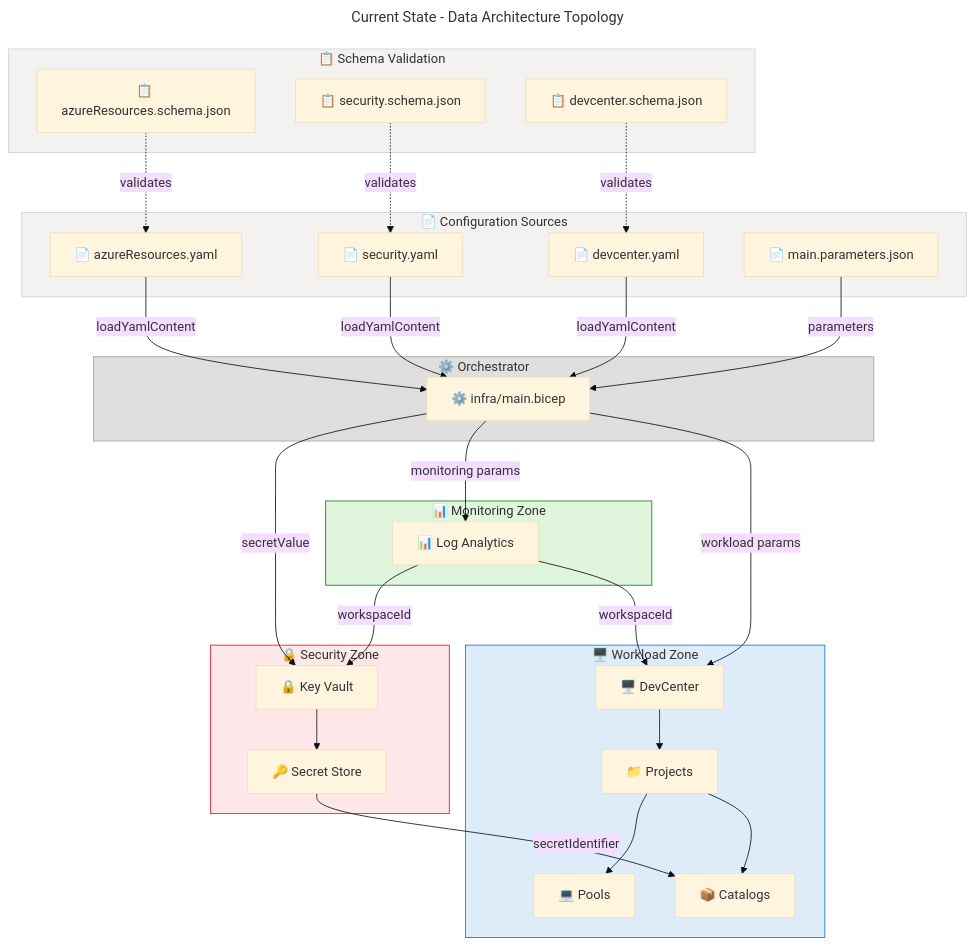
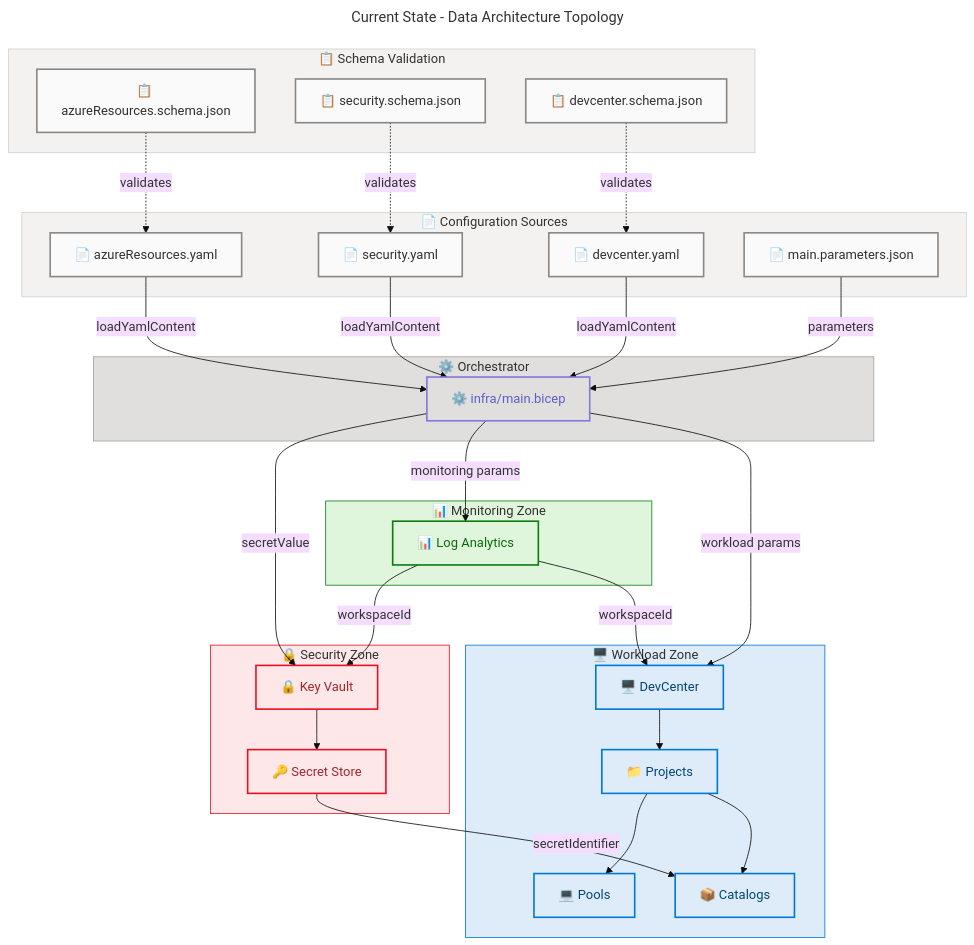
One commit to Evilazaro/DevExp-DevBox changed the fifth of 9 diagrams in docs/architecture/data-architecture.md. Above: the diagram before and after it, drawn with Mermaid. The commit also changed other lines of this file, not shown here.

Commit message:
style: enhance flowchart color coding for improved clarity and categorization

````diff
--- a/docs/architecture/data-architecture.md
+++ b/docs/architecture/data-architecture.md
@@ -577,41 +577,41 @@
     accDescr: Shows the hub-and-spoke data flow from YAML configs through main.bicep to specialized resource modules
 
     subgraph CONFIG["📄 Configuration Sources"]
-        Y1["📄 azureResources.yaml"]
-        Y2["📄 security.yaml"]
-        Y3["📄 devcenter.yaml"]
-        Y4["📄 main.parameters.json"]
+        Y1["📄 azureResources.yaml"]:::neutral
+        Y2["📄 security.yaml"]:::neutral
+        Y3["📄 devcenter.yaml"]:::neutral
+        Y4["📄 main.parameters.json"]:::neutral
     end
     style CONFIG fill:#F3F2F1,stroke:#D2D0CE,color:#323130
 
     subgraph SCHEMAS["📋 Schema Validation"]
-        S1["📋 azureResources.schema.json"]
-        S2["📋 security.schema.json"]
-        S3["📋 devcenter.schema.json"]
+        S1["📋 azureResources.schema.json"]:::neutral
+        S2["📋 security.schema.json"]:::neutral
+        S3["📋 devcenter.schema.json"]:::neutral
     end
     style SCHEMAS fill:#F3F2F1,stroke:#D2D0CE,color:#323130
 
     subgraph HUB["⚙️ Orchestrator"]
-        M["⚙️ infra/main.bicep"]
+        M["⚙️ infra/main.bicep"]:::data
     end
     style HUB fill:#E1DFDD,stroke:#A19F9D,color:#323130
 
     subgraph SECURITY["🔒 Security Zone"]
-        KV["🔒 Key Vault"]
-        SEC["🔑 Secret Store"]
+        KV["🔒 Key Vault"]:::danger
+        SEC["🔑 Secret Store"]:::danger
     end
     style SECURITY fill:#FDE7E9,stroke:#E81123,color:#323130
 
     subgraph MONITORING["📊 Monitoring Zone"]
-        LA["📊 Log Analytics"]
+        LA["📊 Log Analytics"]:::success
     end
     style MONITORING fill:#DFF6DD,stroke:#107C10,color:#323130
 
     subgraph WORKLOAD["🖥️ Workload Zone"]
-        DC["🖥️ DevCenter"]
-        PR["📁 Projects"]
-        PL["💻 Pools"]
-        CT["📦 Catalogs"]
+        DC["🖥️ DevCenter"]:::core
+        PR["📁 Projects"]:::core
+        PL["💻 Pools"]:::core
+        CT["📦 Catalogs"]:::core
     end
     style WORKLOAD fill:#DEECF9,stroke:#0078D4,color:#323130
 
@@ -635,4 +635,10 @@
     DC --> PR
     PR --> PL
     PR --> CT
+
+    classDef neutral fill:#FAFAFA,stroke:#8A8886,stroke-width:2px,color:#323130
+    classDef data fill:#E1DFDD,stroke:#8378DE,stroke-width:2px,color:#5B5FC7
+    classDef danger fill:#FDE7E9,stroke:#E81123,stroke-width:2px,color:#A4262C
+    classDef success fill:#DFF6DD,stroke:#107C10,stroke-width:2px,color:#0B6A0B
+    classDef core fill:#DEECF9,stroke:#0078D4,stroke-width:2px,color:#004578
 ```
````
